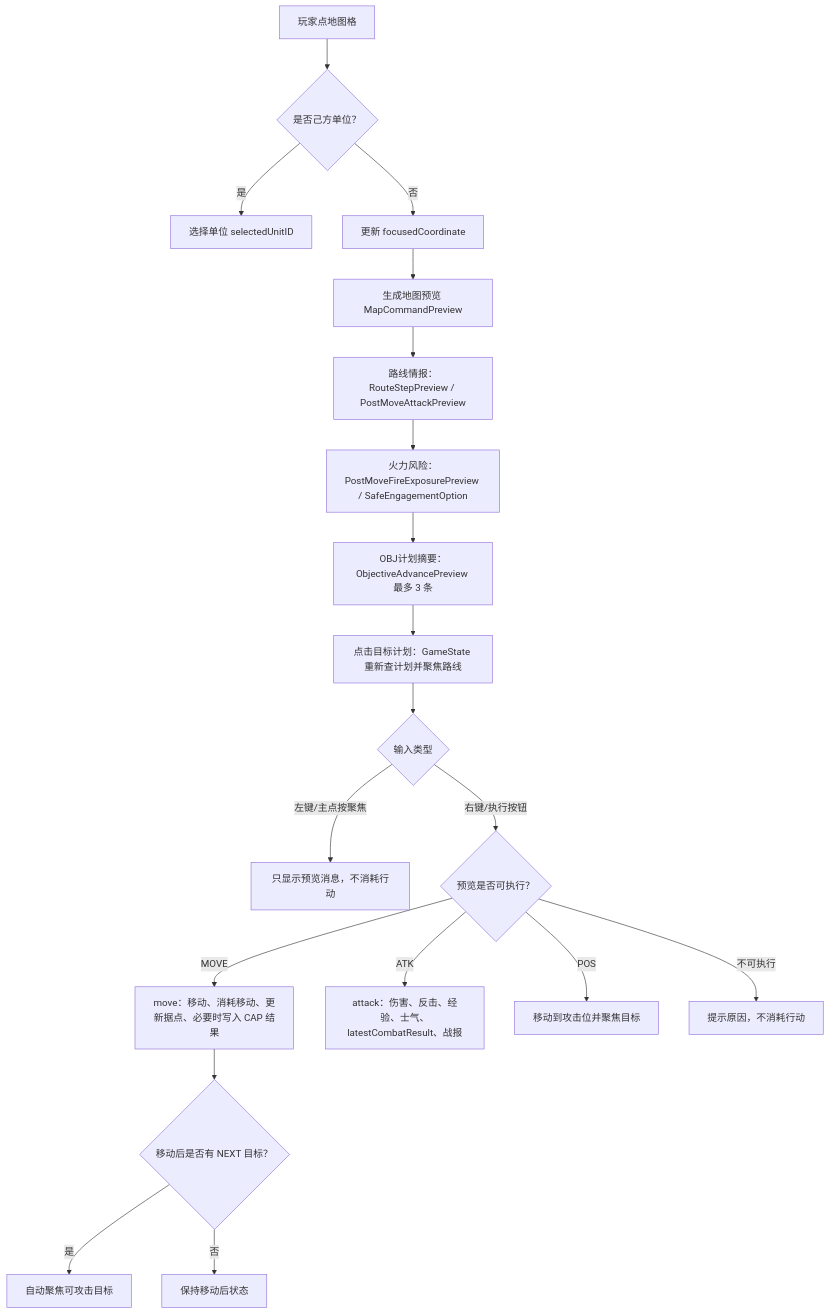
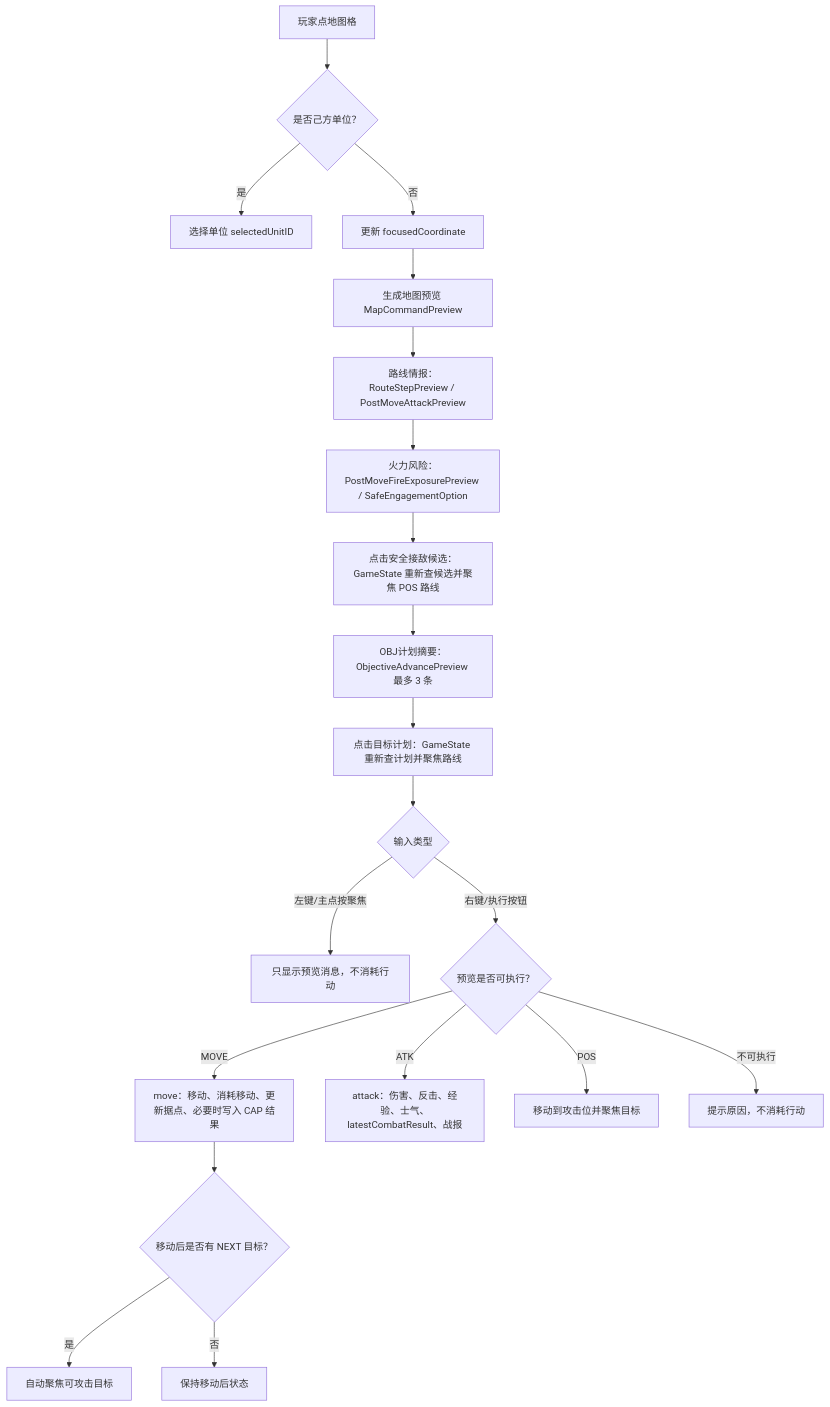
Before and after one commit to Altman-sam114/116: the second of 5 diagrams in md/flow/flowchart.md, drawn with Mermaid. The commit also changed 9 other files, not shown here.

````diff
--- a/md/flow/flowchart.md
+++ b/md/flow/flowchart.md
@@ -26,21 +26,22 @@
 ```mermaid
 flowchart TD
   A["玩家点地图格"] --> B{"是否己方单位？"}
   B -->|是| C["选择单位 selectedUnitID"]
   B -->|否| D["更新 focusedCoordinate"]
   D --> E["生成地图预览 MapCommandPreview"]
   E --> R["路线情报：RouteStepPreview / PostMoveAttackPreview"]
   R --> X["火力风险：PostMoveFireExposurePreview / SafeEngagementOption"]
-  X --> OP["OBJ计划摘要：ObjectiveAdvancePreview 最多 3 条"]
+  X --> SP["点击安全接敌候选：GameState 重新查候选并聚焦 POS 路线"]
+  SP --> OP["OBJ计划摘要：ObjectiveAdvancePreview 最多 3 条"]
   OP --> OC["点击目标计划：GameState 重新查计划并聚焦路线"]
   OC --> F{"输入类型"}
   F -->|左键/主点按聚焦| G["只显示预览消息，不消耗行动"]
   F -->|右键/执行按钮| H{"预览是否可执行？"}
   H -->|MOVE| I["move：移动、消耗移动、更新据点、必要时写入 CAP 结果"]
   H -->|ATK| J["attack：伤害、反击、经验、士气、latestCombatResult、战报"]
   H -->|POS| K["移动到攻击位并聚焦目标"]
   H -->|不可执行| L["提示原因，不消耗行动"]
   I --> M{"移动后是否有 NEXT 目标？"}
   M -->|是| N["自动聚焦可攻击目标"]
   M -->|否| O["保持移动后状态"]
 ```
````
